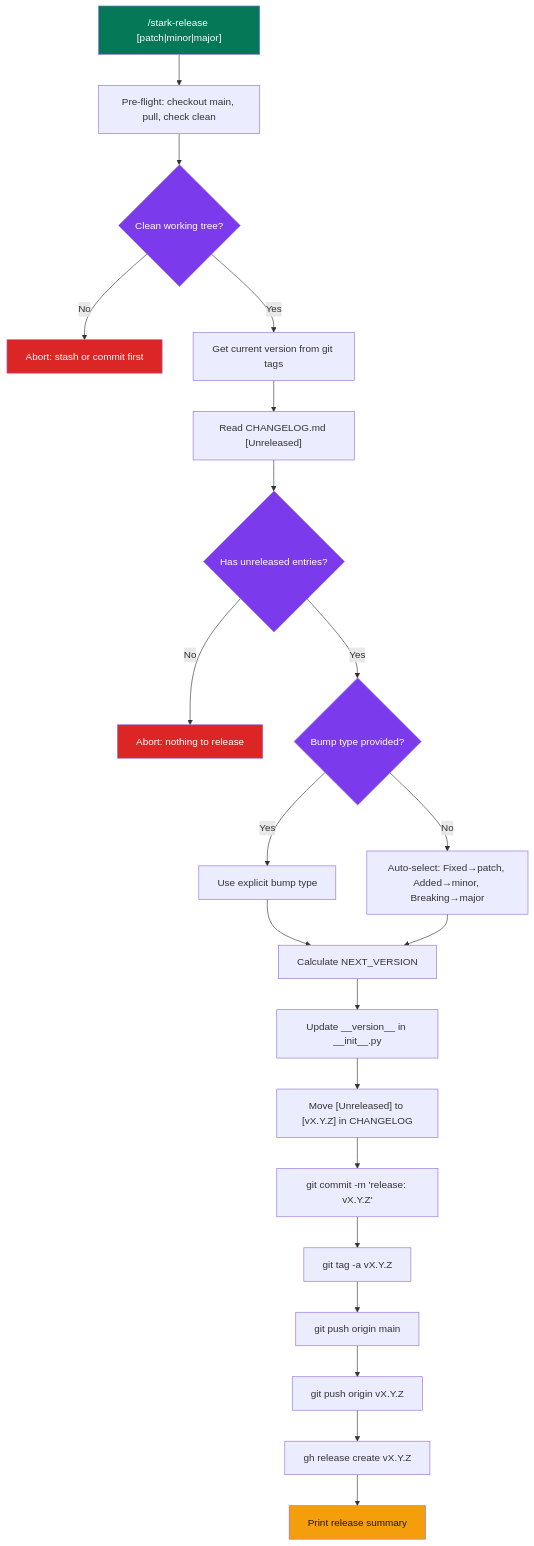
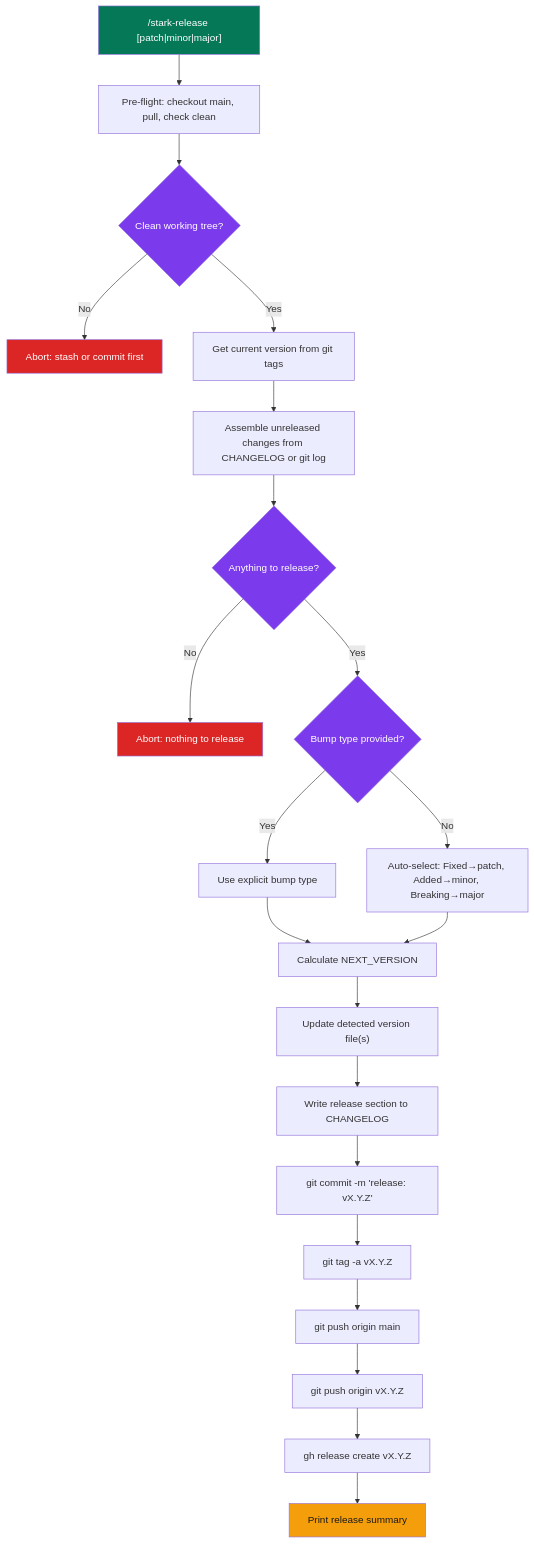
One commit to 21StarkCom/stark-skills changed the diagram in docs/skills/stark-release/internals.md. Above: the diagram before and after it, drawn with Mermaid. The commit also changed other lines of this file and 12 other files, not shown here.

````diff
--- a/docs/skills/stark-release/internals.md
+++ b/docs/skills/stark-release/internals.md
@@ -7,31 +7,31 @@
 ```mermaid
 graph TD
     A["/stark-release [patch|minor|major]"] --> B["Pre-flight: checkout main, pull, check clean"]
     B --> C{"Clean working tree?"}
     C -- No --> D["Abort: stash or commit first"]
     C -- Yes --> E["Get current version from git tags"]
-    E --> F["Read CHANGELOG.md [Unreleased]"]
-    F --> G{"Has unreleased entries?"}
+    E --> F["Assemble unreleased changes from CHANGELOG or git log"]
+    F --> G{"Anything to release?"}
     G -- No --> H["Abort: nothing to release"]
     G -- Yes --> I{"Bump type provided?"}
     I -- Yes --> J["Use explicit bump type"]
     I -- No --> K["Auto-select: Fixed→patch, Added→minor, Breaking→major"]
     J --> L["Calculate NEXT_VERSION"]
     K --> L
-    L --> M["Update __version__ in __init__.py"]
-    M --> N["Move [Unreleased] to [vX.Y.Z] in CHANGELOG"]
+    L --> M["Update detected version file(s)"]
+    M --> N["Write release section to CHANGELOG"]
     N --> O["git commit -m 'release: vX.Y.Z'"]
     O --> P["git tag -a vX.Y.Z"]
     P --> Q["git push origin main"]
     Q --> R["git push origin vX.Y.Z"]
     R --> S["gh release create vX.Y.Z"]
     S --> T["Print release summary"]
 
     style A fill:#047857,color:#fff
     style C fill:#7c3aed,color:#fff
     style D fill:#dc2626,color:#fff
     style G fill:#7c3aed,color:#fff
     style H fill:#dc2626,color:#fff
     style I fill:#7c3aed,color:#fff
     style T fill:#f59e0b,color:#1a1a1a
 ```
````
